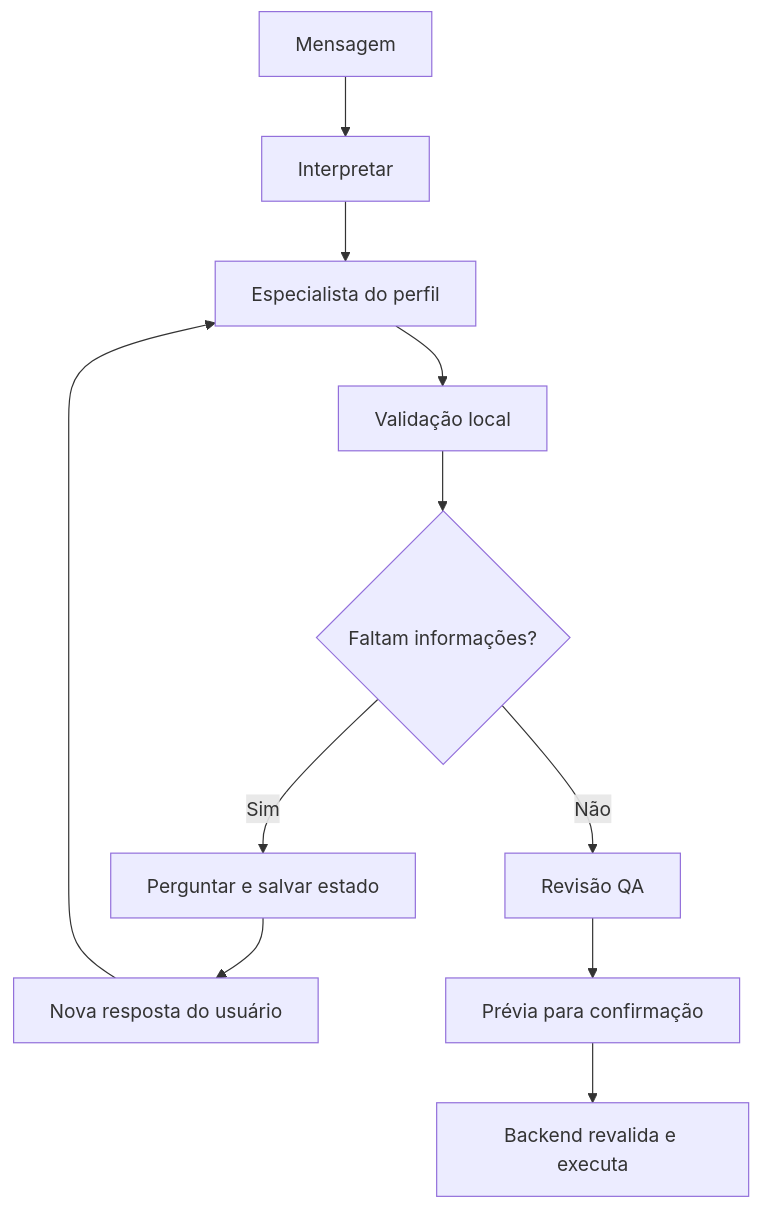
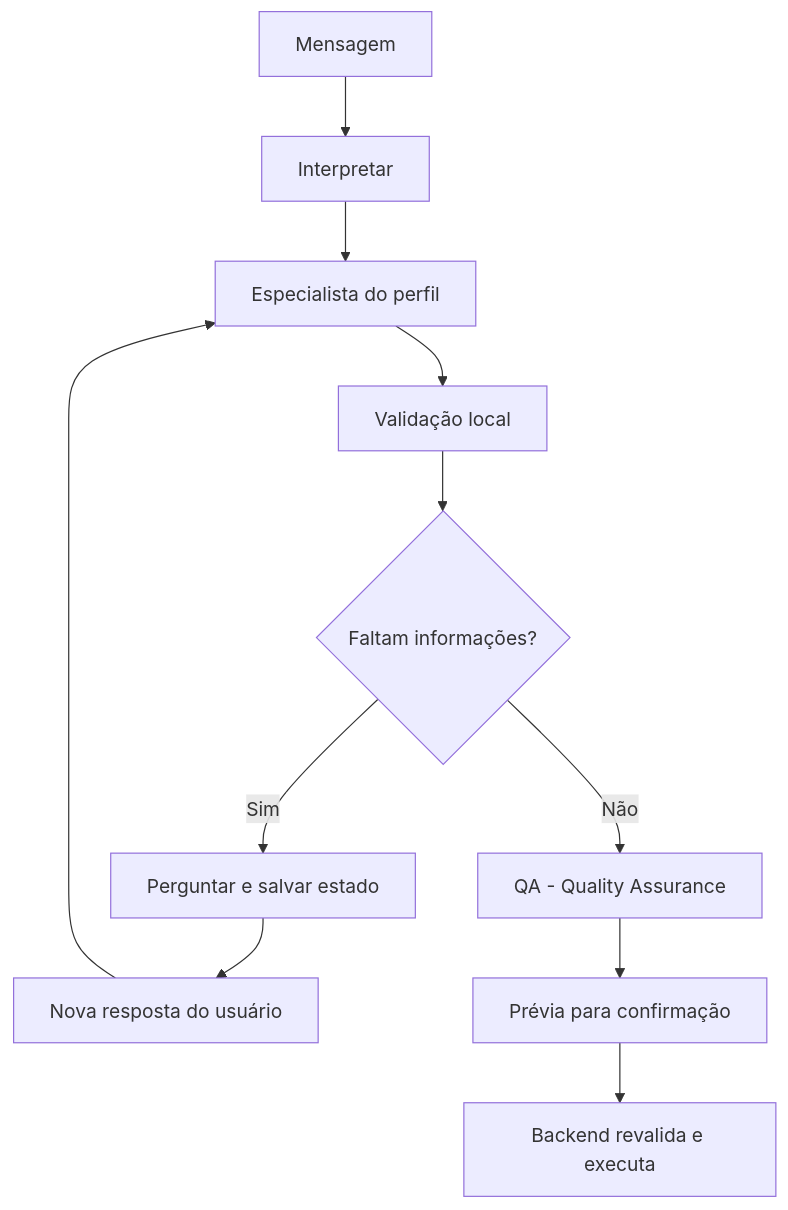
Before and after one commit to fabioboeingsantos/Avaliacao-Front---Back: the diagram in docs/ia/arquitetura.md, drawn with Mermaid. The commit also changed 19 other files, not shown here.

````diff
--- a/docs/ia/arquitetura.md
+++ b/docs/ia/arquitetura.md
@@ -113,13 +113,13 @@
 ```mermaid
 flowchart TD
     A[Mensagem] --> B[Interpretar]
     B --> C[Especialista do perfil]
     C --> D[Validação local]
     D --> E{Faltam informações?}
     E -->|Sim| F[Perguntar e salvar estado]
     F --> G[Nova resposta do usuário]
     G --> C
-    E -->|Não| H[Revisão QA]
+    E -->|Não| H[QA - Quality Assurance]
     H --> I[Prévia para confirmação]
     I --> J[Backend revalida e executa]
 ```
````
